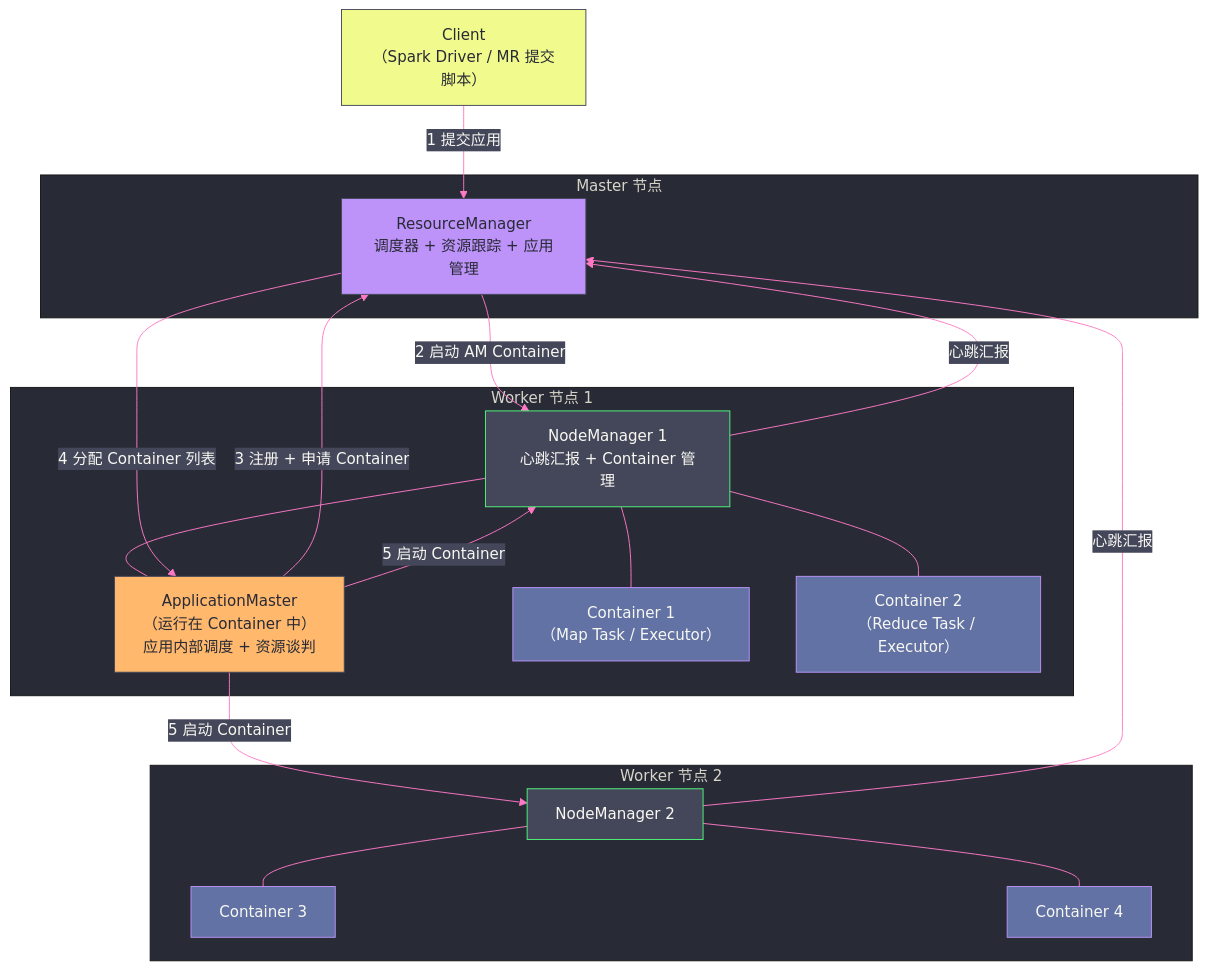
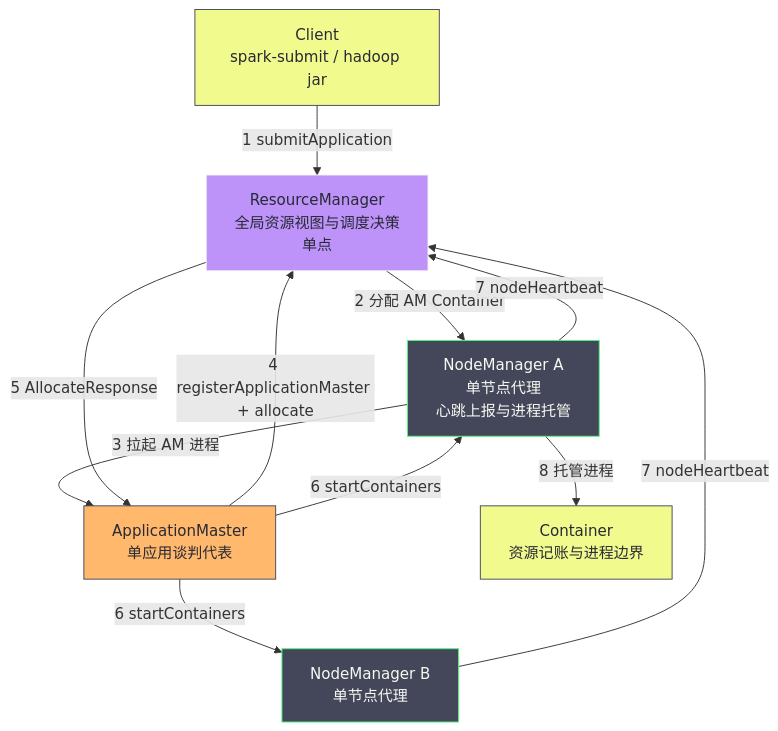
Before and after one commit to hpliStartAgain/my-brain: the first of 4 diagrams in content/大数据/Hadoop/Yarn/02 YARN 整体架构全景——ResourceManager、NodeManager 与 ApplicationMaster 三角协作.md, drawn with Mermaid. The commit also changed other lines of this file and 455 other files, not shown here.

````diff
--- a/content/大数据/Hadoop/Yarn/02 YARN 整体架构全景——ResourceManager、NodeManager 与 ApplicationMaster 三角协作.md
+++ b/content/大数据/Hadoop/Yarn/02 YARN 整体架构全景——ResourceManager、NodeManager 与 ApplicationMaster 三角协作.md
@@ -23,48 +44,32 @@
 ```mermaid
-%%{init: {'theme': 'base', 'themeVariables': {'primaryColor': '#6272a4', 'primaryTextColor': '#f8f8f2', 'primaryBorderColor': '#bd93f9', 'lineColor': '#ff79c6', 'secondaryColor': '#44475a', 'tertiaryColor': '#282a36'}}}%%
+%%{init: {'theme': 'dracula'}}%%
 graph TD
-    Client["Client</br>（Spark Driver / MR 提交脚本）"]
+    C["Client<br/>spark-submit / hadoop jar"]
+    RM["ResourceManager<br/>全局资源视图与调度决策<br/>单点"]
+    NM1["NodeManager A<br/>单节点代理<br/>心跳上报与进程托管"]
+    NM2["NodeManager B<br/>单节点代理"]
+    AM["ApplicationMaster<br/>单应用谈判代表"]
+    CT["Container<br/>资源记账与进程边界"]
 
-    subgraph "Master 节点"
-        RM["ResourceManager</br>调度器 + 资源跟踪 + 应用管理"]
-    end
+    C -- "1 submitApplication" --> RM
+    RM -- "2 分配 AM Container" --> NM1
+    NM1 -- "3 拉起 AM 进程" --> AM
+    AM -- "4 registerApplicationMaster + allocate" --> RM
+    RM -- "5 AllocateResponse" --> AM
+    AM -- "6 startContainers" --> NM1
+    AM -- "6 startContainers" --> NM2
+    NM1 -- "7 nodeHeartbeat" --> RM
+    NM2 -- "7 nodeHeartbeat" --> RM
+    NM1 -- "8 托管进程" --> CT
 
-    subgraph "Worker 节点 1"
-        NM1["NodeManager 1</br>心跳汇报 + Container 管理"]
-        AM["ApplicationMaster</br>（运行在 Container 中）</br>应用内部调度 + 资源谈判"]
-        C1["Container 1</br>（Map Task / Executor）"]
-        C2["Container 2</br>（Reduce Task / Executor）"]
-        NM1 --- AM
-        NM1 --- C1
-        NM1 --- C2
-    end
-
-    subgraph "Worker 节点 2"
-        NM2["NodeManager 2"]
-        C3["Container 3"]
-        C4["Container 4"]
-        NM2 --- C3
-        NM2 --- C4
-    end
-
-    Client -- "1 提交应用" --> RM
-    RM -- "2 启动 AM Container" --> NM1
-    AM -- "3 注册 + 申请 Container" --> RM
-    RM -- "4 分配 Container 列表" --> AM
-    AM -- "5 启动 Container" --> NM1
-    AM -- "5 启动 Container" --> NM2
-    NM1 -- "心跳汇报" --> RM
-    NM2 -- "心跳汇报" --> RM
-
-    classDef rm fill:#bd93f9,stroke:#44475a,color:#282a36
+    classDef rm fill:#bd93f9,stroke:#f8f8f2,color:#282a36
     classDef nm fill:#44475a,stroke:#50fa7b,color:#f8f8f2
     classDef am fill:#ffb86c,stroke:#44475a,color:#282a36
-    classDef container fill:#6272a4,stroke:#bd93f9,color:#f8f8f2
     classDef client fill:#f1fa8c,stroke:#44475a,color:#282a36
+    classDef ct fill:#6272a4,stroke:#bd93f9,color:#f8f8f2
 
     class RM rm
     class NM1,NM2 nm
     class AM am
-    class C1,C2,C3,C4 container
-    class Client client
+    class C,CT client
 ```
````
